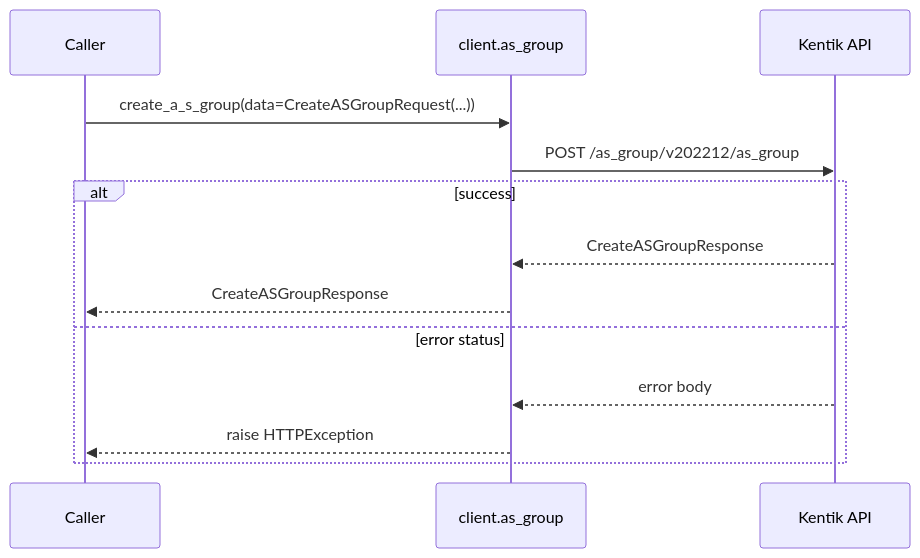
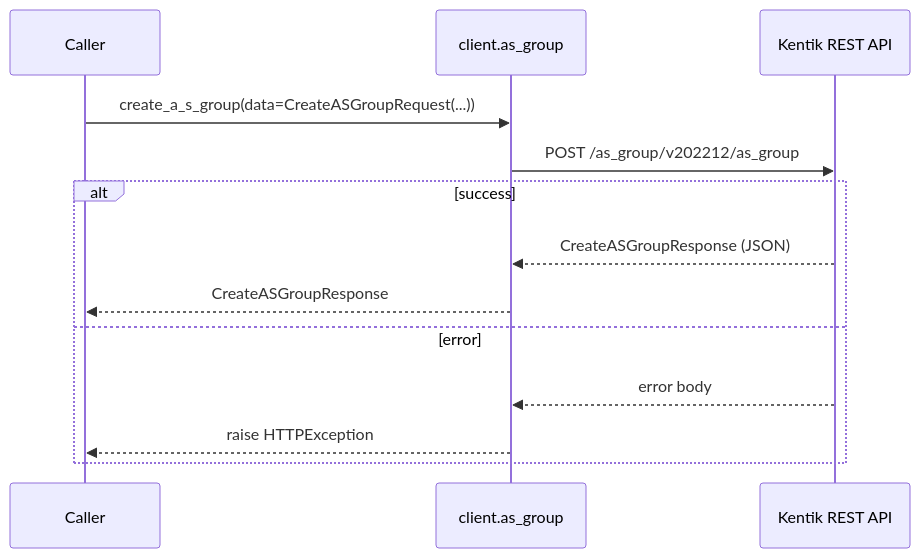
One commit to alexdearaujo/community_sdk_python changed the fourth of 12 diagrams in docs/sphinx/services/as_group.md. Above: the diagram before and after it, drawn with Mermaid. The commit also changed other lines of this file and 61 other files, not shown here.

````diff
--- a/docs/sphinx/services/as_group.md
+++ b/docs/sphinx/services/as_group.md
@@ -75,16 +102,16 @@
 ```mermaid
 sequenceDiagram
     participant C as Caller
     participant W as client.as_group
-    participant API as Kentik API
+    participant API as Kentik REST API
 
     C->>W: create_a_s_group(data=CreateASGroupRequest(...))
     W->>API: POST /as_group/v202212/as_group
     alt success
-        API-->>W: CreateASGroupResponse
+        API-->>W: CreateASGroupResponse (JSON)
         W-->>C: CreateASGroupResponse
-    else error status
+    else error
         API-->>W: error body
         W-->>C: raise HTTPException
     end
 ```
````
